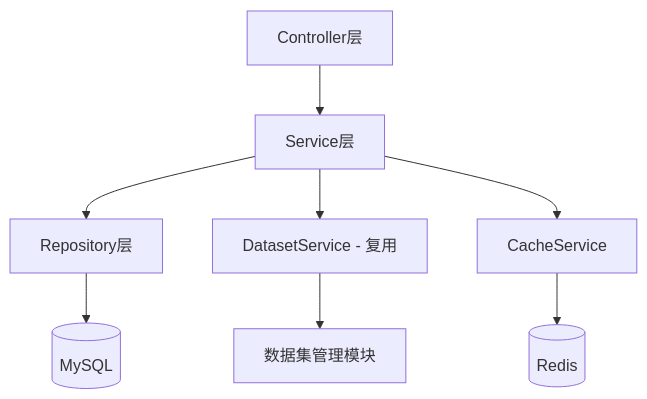
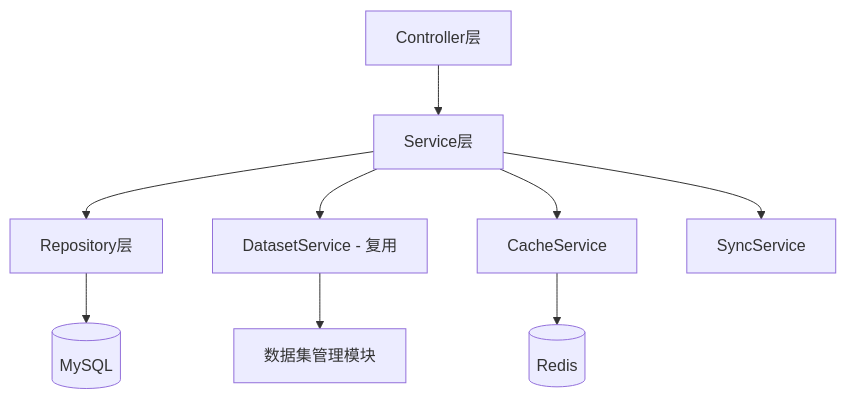
One commit to earthy-zinc/dehaze-system changed the first of 4 diagrams in dehaze-doc/docs/03-模块设计/核心模块/图像输入/后端实现.md. Above: the diagram before and after it, drawn with Mermaid. The commit also changed other lines of this file and 128 other files, not shown here.

````diff
--- a/dehaze-doc/docs/03-模块设计/核心模块/图像输入/后端实现.md
+++ b/dehaze-doc/docs/03-模块设计/核心模块/图像输入/后端实现.md
@@ -23,10 +21,11 @@
 ```mermaid
 graph TB
     A[Controller层] --> B[Service层]
     B --> C[Repository层]
     B --> D[DatasetService - 复用]
     B --> E[CacheService]
-    C --> F[(MySQL)]
-    D --> G[数据集管理模块]
-    E --> H[(Redis)]
+    B --> F[SyncService]
+    C --> G[(MySQL)]
+    D --> H[数据集管理模块]
+    E --> I[(Redis)]
 ```
````
